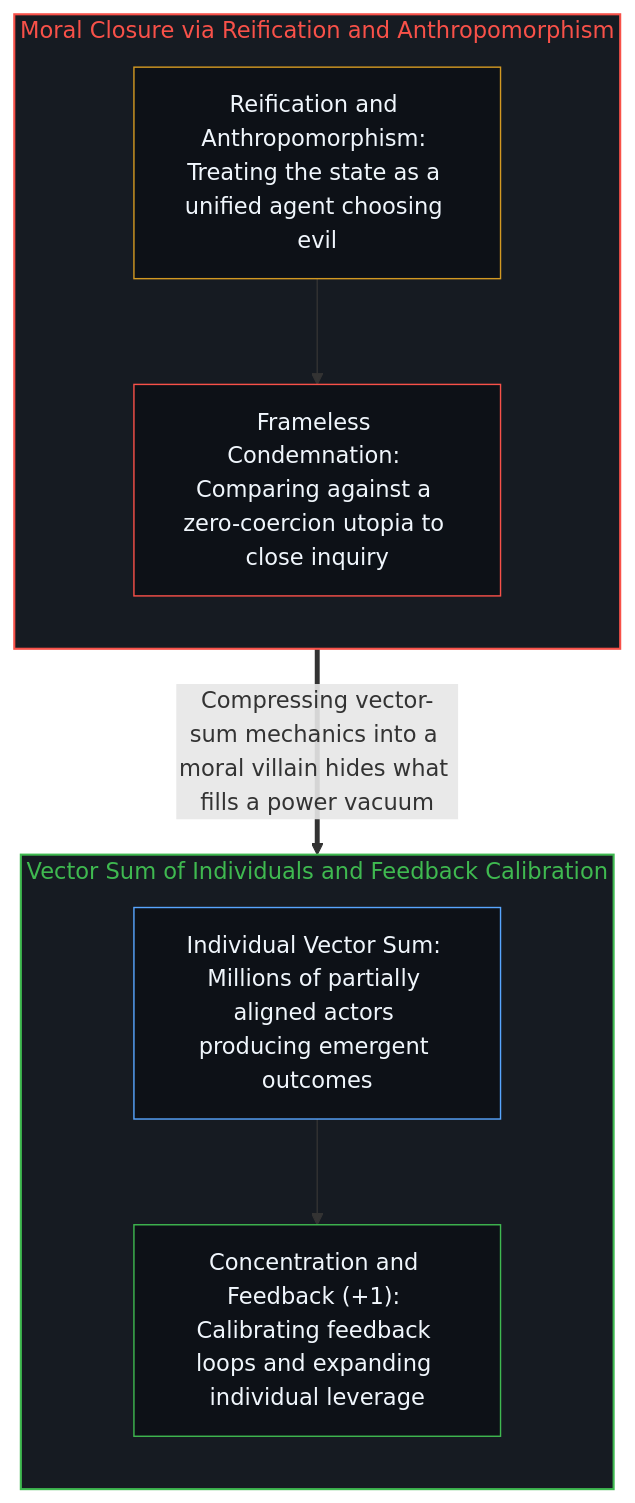
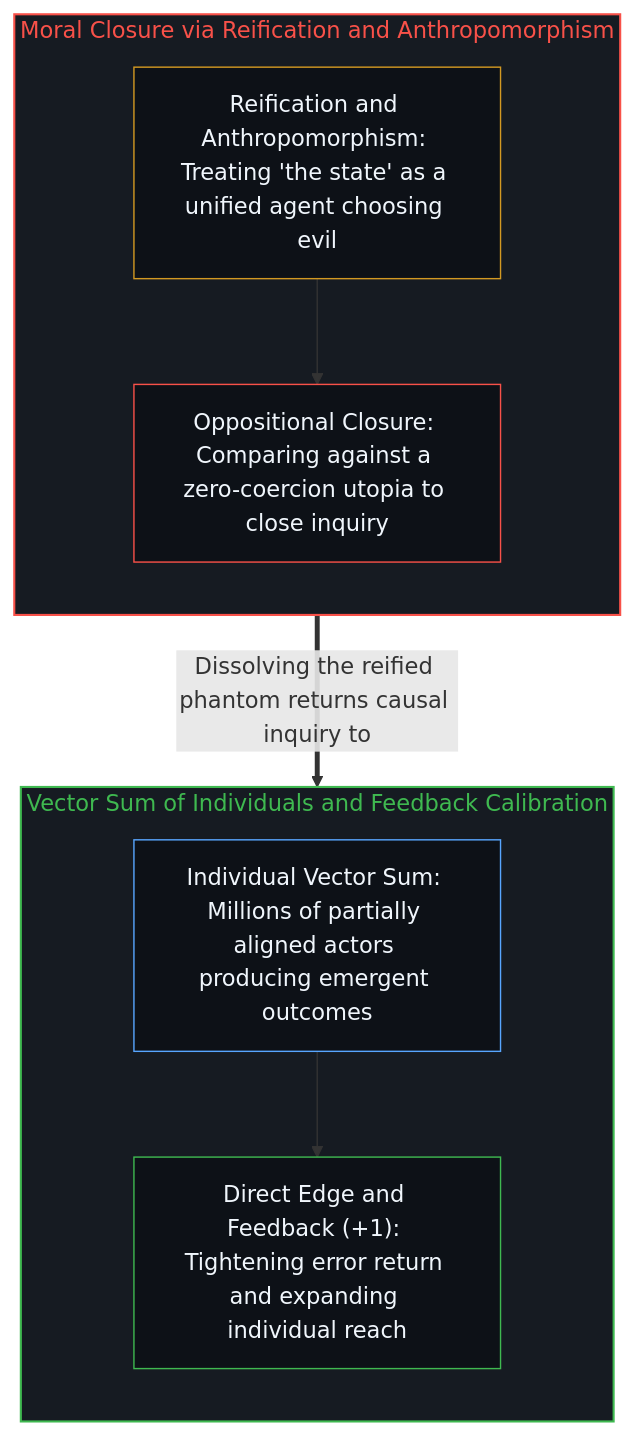
One commit to powerpig99/not-a-toe changed the second of 2 diagrams in content/posts/mises-state-analysis.md. Above: the diagram before and after it, drawn with Mermaid. The commit also changed other lines of this file and 7 other files, not shown here.

````diff
--- a/content/posts/mises-state-analysis.md
+++ b/content/posts/mises-state-analysis.md
@@ -42,22 +42,22 @@
 ```mermaid
 flowchart TD
     subgraph S_Reify["Moral Closure via Reification and Anthropomorphism"]
         direction TB
-        Entity["Reification and Anthropomorphism: Treating the state as a unified agent choosing evil"]
-        Utopia["Frameless Condemnation: Comparing against a zero-coercion utopia to close inquiry"]
+        Entity["Reification and Anthropomorphism: Treating 'the state' as a unified agent choosing evil"]
+        Utopia["Oppositional Closure: Comparing against a zero-coercion utopia to close inquiry"]
         Entity --> Utopia
     end
     subgraph S_Vector["Vector Sum of Individuals and Feedback Calibration"]
         direction TB
         Sum["Individual Vector Sum: Millions of partially aligned actors producing emergent outcomes"]
-        Feedback["Concentration and Feedback (+1): Calibrating feedback loops and expanding individual leverage"]
+        Feedback["Direct Edge and Feedback (+1): Tightening error return and expanding individual reach"]
         Sum --> Feedback
     end
-    Utopia ==>|"Compressing vector-sum mechanics into a moral villain hides what fills a power vacuum"| Sum
+    Utopia ==>|"Dissolving the reified phantom returns causal inquiry to"| Sum
     style S_Reify fill:#161b22,stroke:#f85149,stroke-width:1.5px,color:#f85149
     style S_Vector fill:#161b22,stroke:#3fb950,stroke-width:1.5px,color:#3fb950
     style Entity fill:#0d1117,stroke:#d29922,stroke-width:1px,color:#f0f6fc
     style Utopia fill:#0d1117,stroke:#f85149,stroke-width:1px,color:#f0f6fc
     style Sum fill:#0d1117,stroke:#58a6ff,stroke-width:1px,color:#f0f6fc
     style Feedback fill:#0d1117,stroke:#3fb950,stroke-width:1px,color:#f0f6fc
 ```
````
